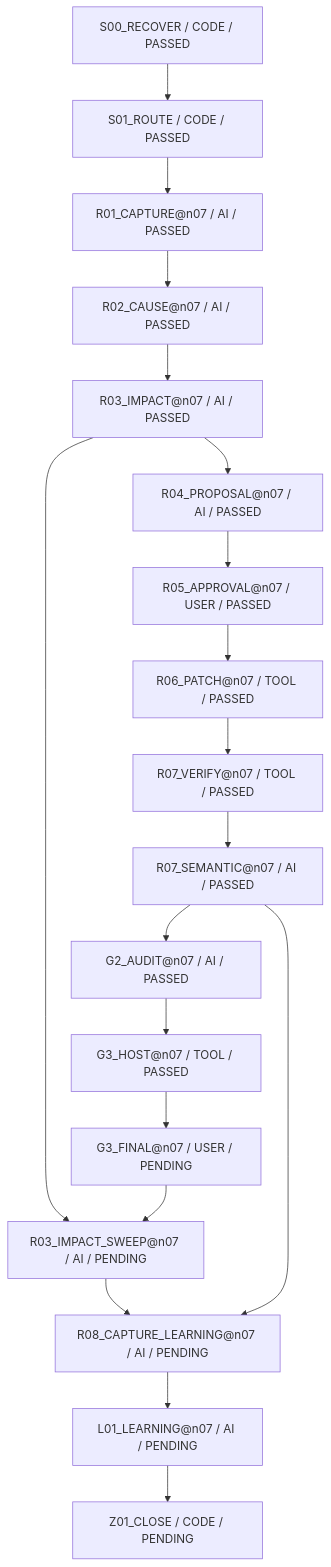
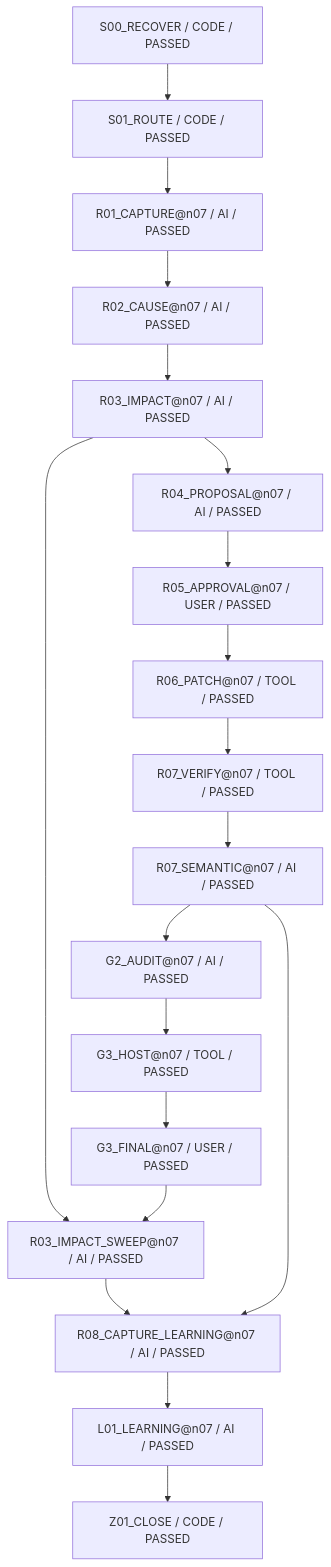
Before and after one commit to rrikunagasige-dot/kyotsu-step-web: the diagram in work/items/W-MATH-032-n07-semantic-repair/generated/BLOCK_FIRE_DIAGRAM.md, drawn with Mermaid. The commit also changed other lines of this file and 330 other files, not shown here.

Commit message:
feat(workflow): learn scoped N07 acceptance and explain AI code user responsibilities

````diff
--- a/work/items/W-MATH-032-n07-semantic-repair/generated/BLOCK_FIRE_DIAGRAM.md
+++ b/work/items/W-MATH-032-n07-semantic-repair/generated/BLOCK_FIRE_DIAGRAM.md
@@ -5,38 +5,38 @@
 ```mermaid
 flowchart TD
   N0["S00_RECOVER / CODE / PASSED"]
   N1["S01_ROUTE / CODE / PASSED"]
   N2["R01_CAPTURE@n07 / AI / PASSED"]
   N3["R02_CAUSE@n07 / AI / PASSED"]
   N4["R03_IMPACT@n07 / AI / PASSED"]
   N5["R04_PROPOSAL@n07 / AI / PASSED"]
   N6["R05_APPROVAL@n07 / USER / PASSED"]
   N7["R06_PATCH@n07 / TOOL / PASSED"]
   N8["R07_VERIFY@n07 / TOOL / PASSED"]
   N9["R07_SEMANTIC@n07 / AI / PASSED"]
   N10["G2_AUDIT@n07 / AI / PASSED"]
   N11["G3_HOST@n07 / TOOL / PASSED"]
-  N12["G3_FINAL@n07 / USER / PENDING"]
-  N13["R03_IMPACT_SWEEP@n07 / AI / PENDING"]
-  N14["R08_CAPTURE_LEARNING@n07 / AI / PENDING"]
-  N15["L01_LEARNING@n07 / AI / PENDING"]
-  N16["Z01_CLOSE / CODE / PENDING"]
+  N12["G3_FINAL@n07 / USER / PASSED"]
+  N13["R03_IMPACT_SWEEP@n07 / AI / PASSED"]
+  N14["R08_CAPTURE_LEARNING@n07 / AI / PASSED"]
+  N15["L01_LEARNING@n07 / AI / PASSED"]
+  N16["Z01_CLOSE / CODE / PASSED"]
   N10 --> N11
   N12 --> N13
   N11 --> N12
   N15 --> N16
   N2 --> N3
   N3 --> N4
   N4 --> N13
   N4 --> N5
   N13 --> N14
   N5 --> N6
   N6 --> N7
   N7 --> N8
   N9 --> N10
   N9 --> N14
   N8 --> N9
   N14 --> N15
   N0 --> N1
   N1 --> N2
 ```
````
